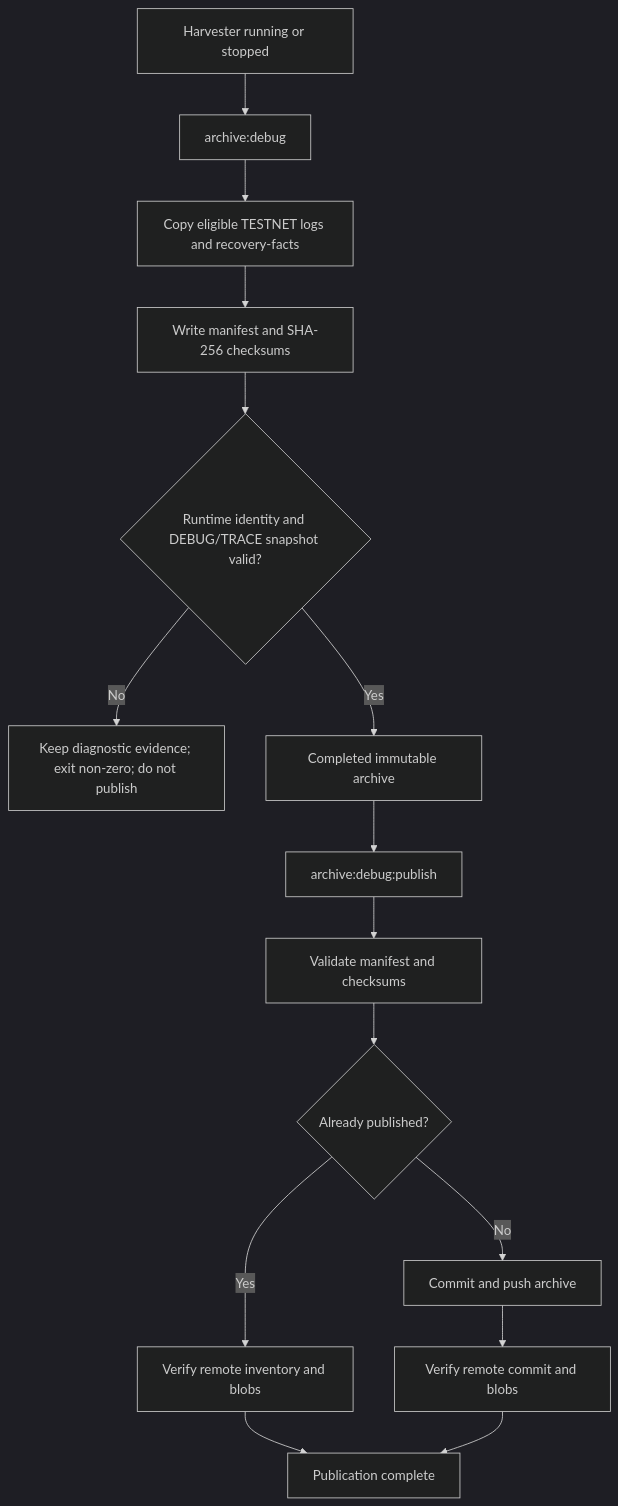
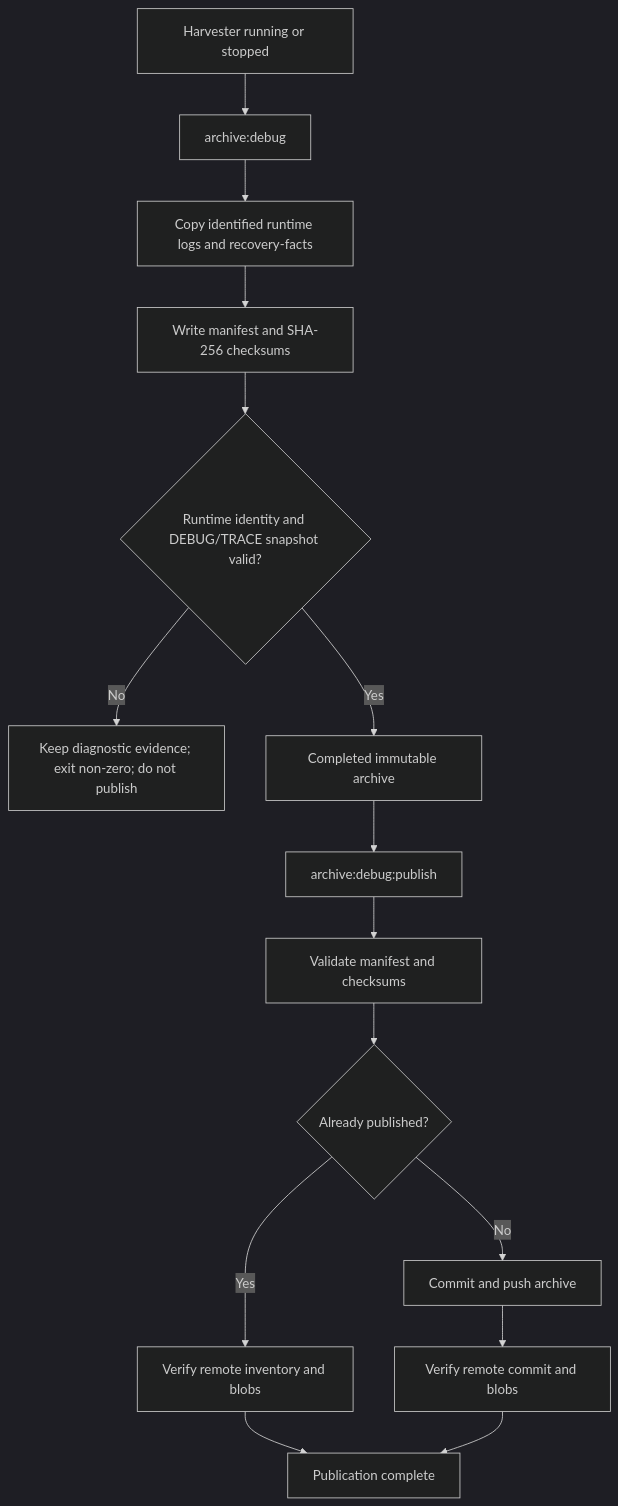
The diagram in apps/harvester/docs/operations/local-dev-reset-and-archive.md (45s/coinzilla), drawn with Mermaid (dark theme) before and after one commit. The commit also changed other lines of this file and 3 other files, not shown here.

````diff
--- a/apps/harvester/docs/operations/local-dev-reset-and-archive.md
+++ b/apps/harvester/docs/operations/local-dev-reset-and-archive.md
@@ -83,17 +83,17 @@
 ```mermaid
 flowchart TD
     A[Harvester running or stopped] --> B[archive:debug]
-    B --> C[Copy eligible TESTNET logs and recovery-facts]
+    B --> C[Copy identified runtime logs and recovery-facts]
     C --> D[Write manifest and SHA-256 checksums]
     D --> E{Runtime identity and DEBUG/TRACE snapshot valid?}
     E -->|No| F[Keep diagnostic evidence; exit non-zero; do not publish]
     E -->|Yes| G[Completed immutable archive]
     G --> H[archive:debug:publish]
     H --> I[Validate manifest and checksums]
     I --> J{Already published?}
     J -->|Yes| K[Verify remote inventory and blobs]
     J -->|No| L[Commit and push archive]
     L --> M[Verify remote commit and blobs]
     K --> N[Publication complete]
     M --> N
 ```
````
